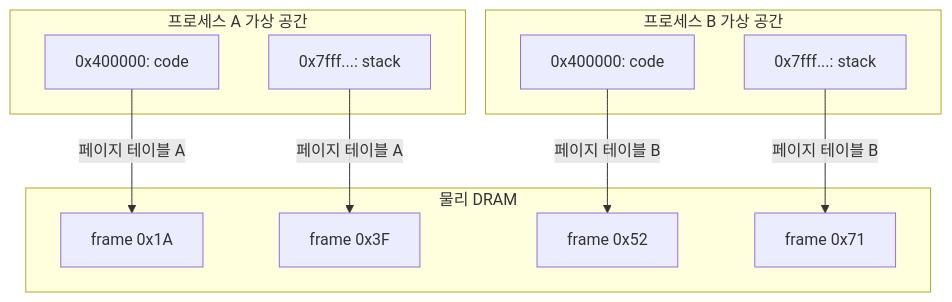
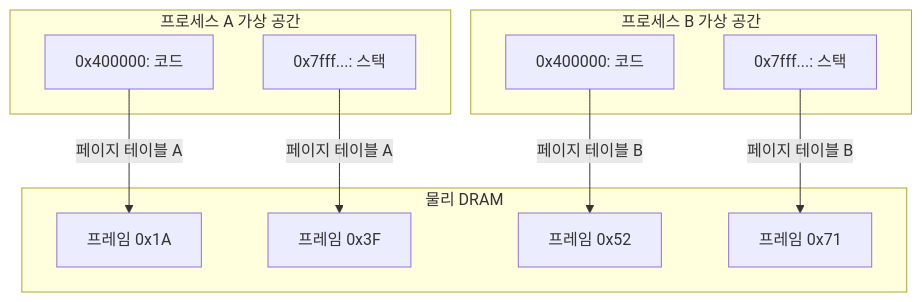
Before and after one commit to Jungle-12-303/wk07_6: the second of 3 diagrams in docs/blog/concepts/03-virtual-memory-three-problems.md, drawn with Mermaid. The commit also changed other lines of this file and 26 other files, not shown here.

First line of the commit message:
docs: 블로그 소제목·Mermaid·ASCII 박스 가독성 정비

````diff
--- a/docs/blog/concepts/03-virtual-memory-three-problems.md
+++ b/docs/blog/concepts/03-virtual-memory-three-problems.md
@@ -25,21 +25,21 @@
 ```mermaid
 flowchart TB
     subgraph A["프로세스 A 가상 공간"]
-        A1["0x400000: code"]
-        A2["0x7fff...: stack"]
+        A1["0x400000: 코드"]
+        A2["0x7fff...: 스택"]
     end
     subgraph B["프로세스 B 가상 공간"]
-        B1["0x400000: code"]
-        B2["0x7fff...: stack"]
+        B1["0x400000: 코드"]
+        B2["0x7fff...: 스택"]
     end
     subgraph DRAM["물리 DRAM"]
-        PA["frame 0x1A"]
-        PB["frame 0x3F"]
-        PC["frame 0x52"]
-        PD["frame 0x71"]
+        PA["프레임 0x1A"]
+        PB["프레임 0x3F"]
+        PC["프레임 0x52"]
+        PD["프레임 0x71"]
     end
     A1 -- "페이지 테이블 A" --> PA
     A2 -- "페이지 테이블 A" --> PB
     B1 -- "페이지 테이블 B" --> PC
     B2 -- "페이지 테이블 B" --> PD
 ```
````
